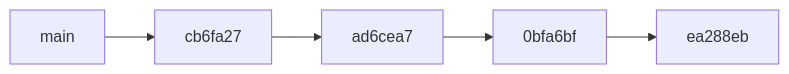
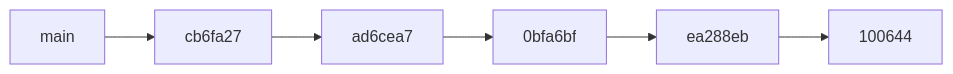
The second of 2 diagrams in README.md (thenativeweb/temp--git), drawn with Mermaid before and after one commit.

Commit message:
Make changes.

````diff
--- a/README.md
+++ b/README.md
@@ -70,7 +70,8 @@
 ```mermaid
 flowchart LR
   main --> cb6fa27
   cb6fa27 --> ad6cea7
   ad6cea7 --> 0bfa6bf
   0bfa6bf --> ea288eb
+  ea288eb --> 100644
 ```
````
